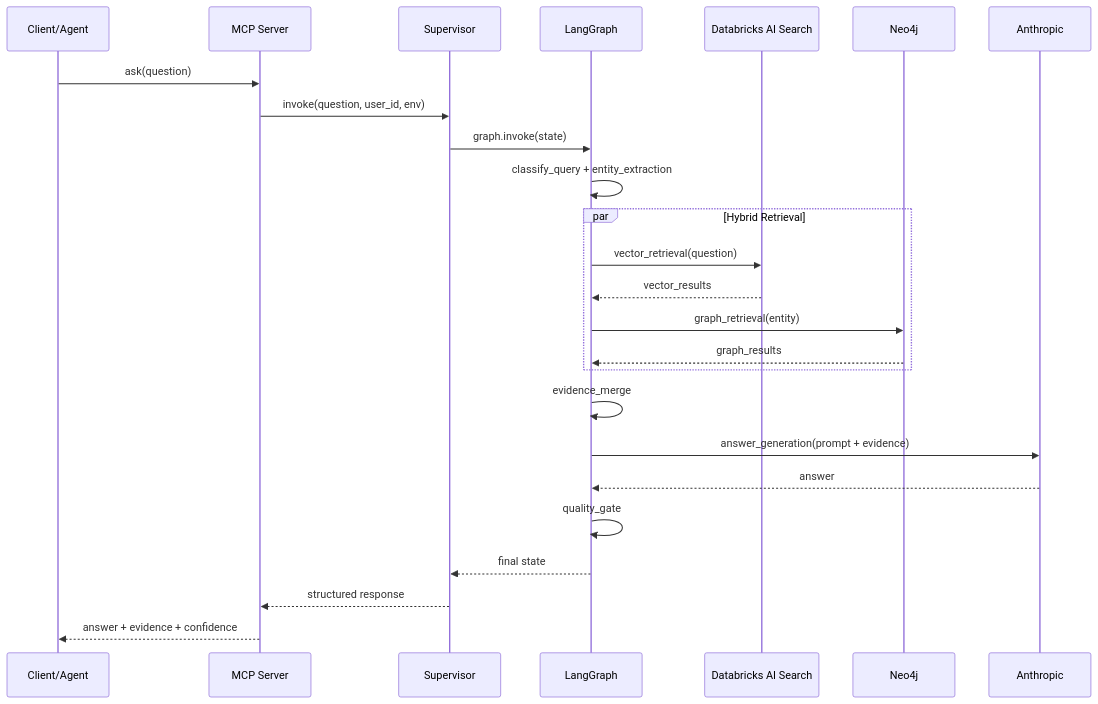
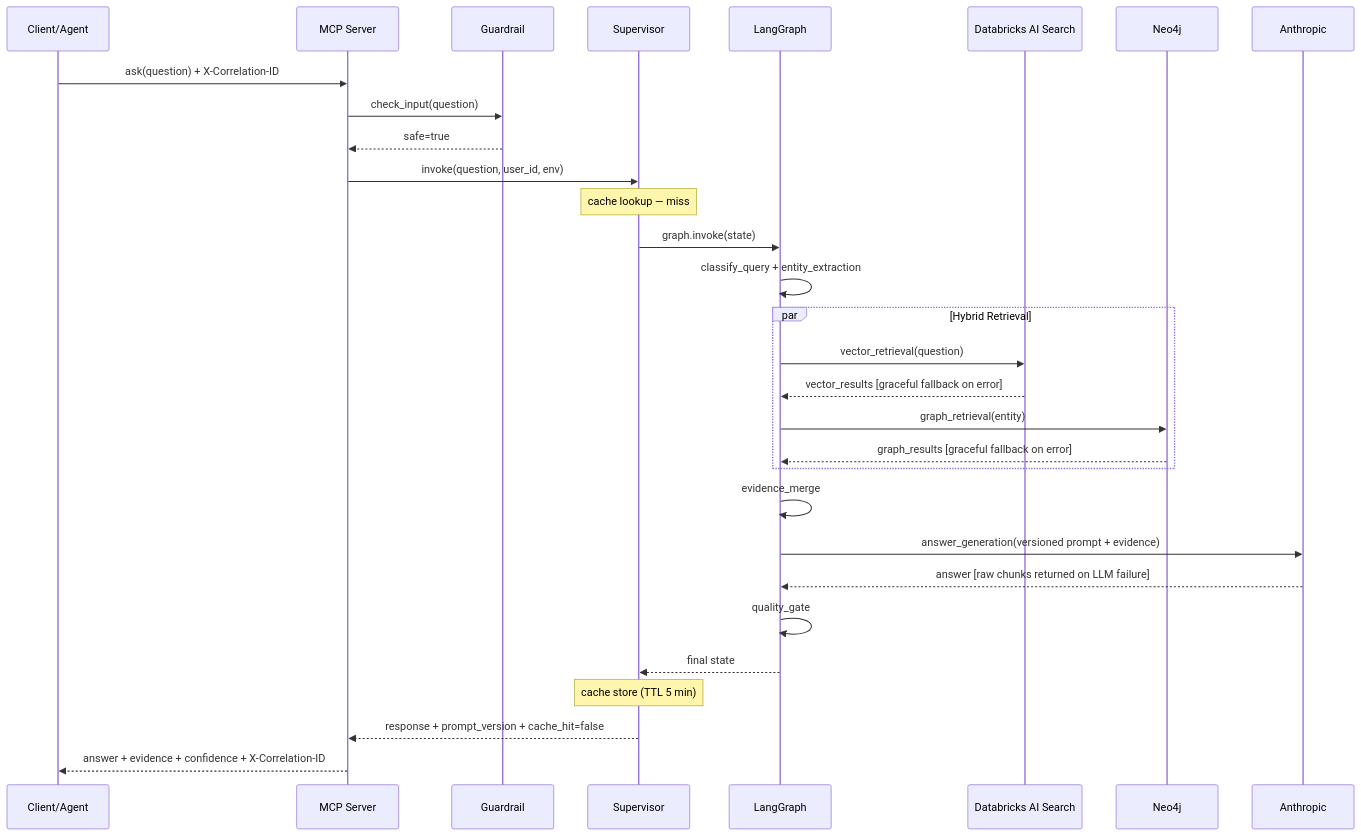
The third of 3 diagrams in docs/architecture.md (wchen-dea/Real-Time-HybridRAG-MVP), drawn with Mermaid before and after one commit. The commit also changed other lines of this file and 12 other files, not shown here.

````diff
--- a/docs/architecture.md
+++ b/docs/architecture.md
@@ -84,28 +84,33 @@
 ```mermaid
 sequenceDiagram
     participant C as Client/Agent
     participant M as MCP Server
+    participant G as Guardrail
     participant S as Supervisor
     participant L as LangGraph
     participant V as Databricks AI Search
-    participant G as Neo4j
+    participant N as Neo4j
     participant A as Anthropic
 
-    C->>M: ask(question)
+    C->>M: ask(question) + X-Correlation-ID
+    M->>G: check_input(question)
+    G-->>M: safe=true
     M->>S: invoke(question, user_id, env)
+    Note over S: cache lookup — miss
     S->>L: graph.invoke(state)
     L->>L: classify_query + entity_extraction
     par Hybrid Retrieval
       L->>V: vector_retrieval(question)
-      V-->>L: vector_results
-      L->>G: graph_retrieval(entity)
-      G-->>L: graph_results
+      V-->>L: vector_results [graceful fallback on error]
+      L->>N: graph_retrieval(entity)
+      N-->>L: graph_results [graceful fallback on error]
     end
     L->>L: evidence_merge
-    L->>A: answer_generation(prompt + evidence)
-    A-->>L: answer
+    L->>A: answer_generation(versioned prompt + evidence)
+    A-->>L: answer [raw chunks returned on LLM failure]
     L->>L: quality_gate
     L-->>S: final state
-    S-->>M: structured response
-    M-->>C: answer + evidence + confidence
+    Note over S: cache store (TTL 5 min)
+    S-->>M: response + prompt_version + cache_hit=false
+    M-->>C: answer + evidence + confidence + X-Correlation-ID
 ```
````
